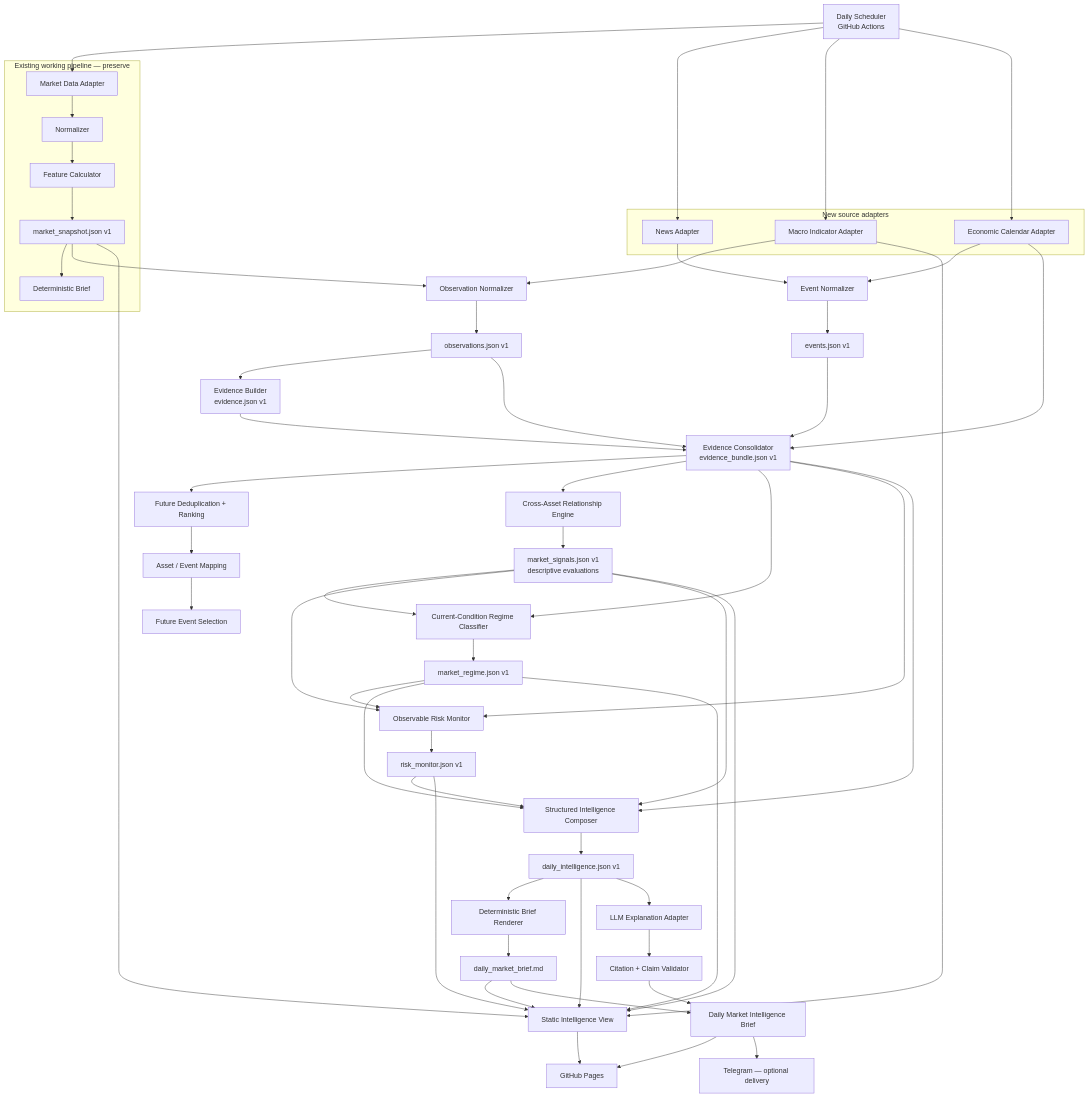
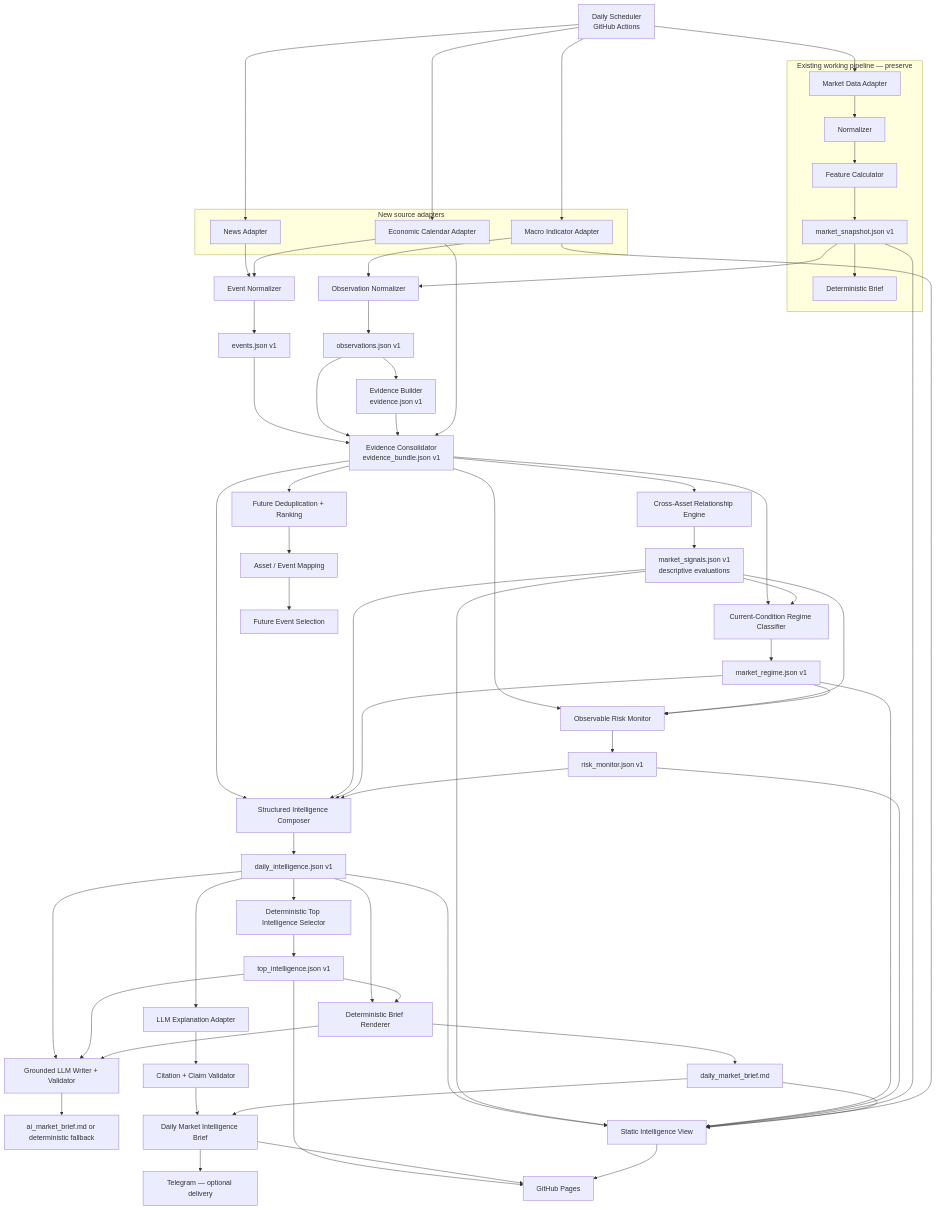
Before and after one commit to froyo1015/AI-Market-Intelligence: the diagram in docs/architecture.md, drawn with Mermaid. The commit also changed other lines of this file and 111 other files, not shown here.

````diff
--- a/docs/architecture.md
+++ b/docs/architecture.md
@@ -37,74 +37,82 @@
 ```mermaid
 flowchart TD
     Scheduler["Daily Scheduler<br/>GitHub Actions"]
 
     subgraph Existing["Existing working pipeline — preserve"]
         Market["Market Data Adapter"] --> Normalizer["Normalizer"]
         Normalizer --> Features["Feature Calculator"]
         Features --> Snapshot["market_snapshot.json v1"]
         Snapshot --> BaseBrief["Deterministic Brief"]
     end
 
     subgraph Inputs["New source adapters"]
         News["News Adapter"]
         Macro["Macro Indicator Adapter"]
         Calendar["Economic Calendar Adapter"]
     end
 
     Scheduler --> Market
     Scheduler --> News
     Scheduler --> Macro
     Scheduler --> Calendar
 
     News --> EventNorm["Event Normalizer"]
     Macro --> ObservationNorm["Observation Normalizer"]
     Calendar --> EventNorm
     Snapshot --> ObservationNorm
 
     EventNorm --> Events["events.json v1"]
     ObservationNorm --> Observations["observations.json v1"]
 
     Events --> Consolidator["Evidence Consolidator<br/>evidence_bundle.json v1"]
     Observations --> Evidence["Evidence Builder<br/>evidence.json v1"]
     Observations --> Consolidator
     Evidence --> Consolidator
     Calendar --> Consolidator
     Consolidator --> Dedupe["Future Deduplication + Ranking"]
     Dedupe --> Mapping["Asset / Event Mapping"]
 
     Consolidator --> Signals["Cross-Asset Relationship Engine"]
     Signals --> SignalFile["market_signals.json v1<br/>descriptive evaluations"]
     Consolidator --> Regime["Current-Condition Regime Classifier"]
     SignalFile --> Regime
     Regime --> RegimeFile["market_regime.json v1"]
 
     Consolidator --> RiskMonitor["Observable Risk Monitor"]
     SignalFile --> RiskMonitor
     RegimeFile --> RiskMonitor
     RiskMonitor --> RiskFile["risk_monitor.json v1"]
 
     Consolidator --> Intelligence["Structured Intelligence Composer"]
     SignalFile --> Intelligence
     RegimeFile --> Intelligence
     RiskFile --> Intelligence
     Intelligence --> IntelligenceFile["daily_intelligence.json v1"]
+    IntelligenceFile --> TopSelector["Deterministic Top Intelligence Selector"]
+    TopSelector --> TopFile["top_intelligence.json v1"]
     IntelligenceFile --> Renderer["Deterministic Brief Renderer"]
+    TopFile --> Renderer
+    TopFile --> Pages
+    IntelligenceFile --> GroundedWriter["Grounded LLM Writer + Validator"]
+    TopFile --> GroundedWriter
+    Renderer --> GroundedWriter
+    GroundedWriter --> AIBrief["ai_market_brief.md or deterministic fallback"]
     Renderer --> Markdown["daily_market_brief.md"]
     IntelligenceFile --> WebView["Static Intelligence View"]
     SignalFile --> WebView
     RegimeFile --> WebView
     RiskFile --> WebView
     Snapshot --> WebView
     Macro --> WebView
     Markdown --> WebView
 
     Mapping --> FutureSelection["Future Event Selection"]
     IntelligenceFile --> LLM["LLM Explanation Adapter"]
     LLM --> Validator["Citation + Claim Validator"]
     Validator --> Report["Daily Market Intelligence Brief"]
     Markdown --> Report
 
     Report --> Pages["GitHub Pages"]
     WebView --> Pages
     Report --> Telegram["Telegram — optional delivery"]
 ```
````
